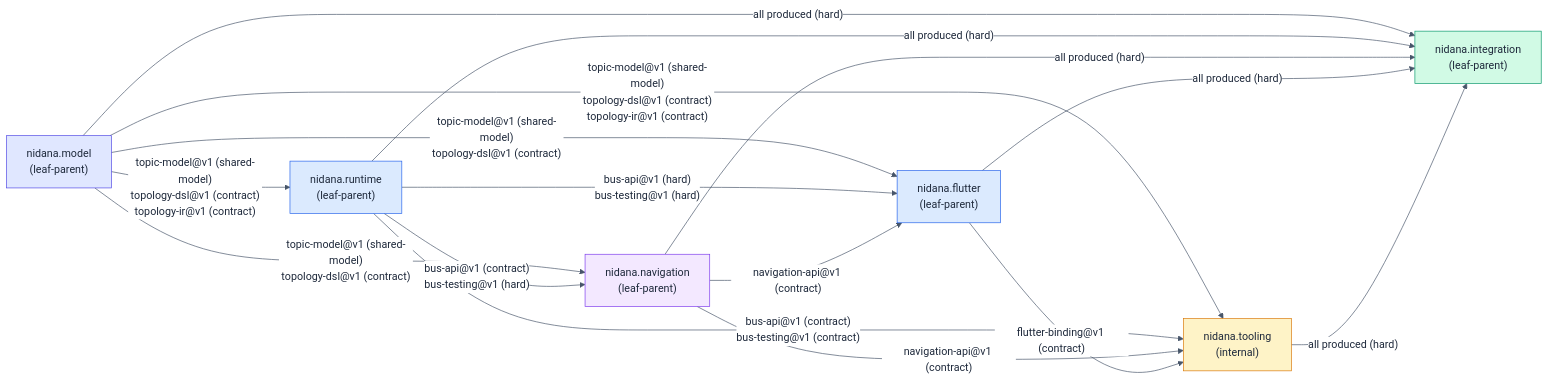
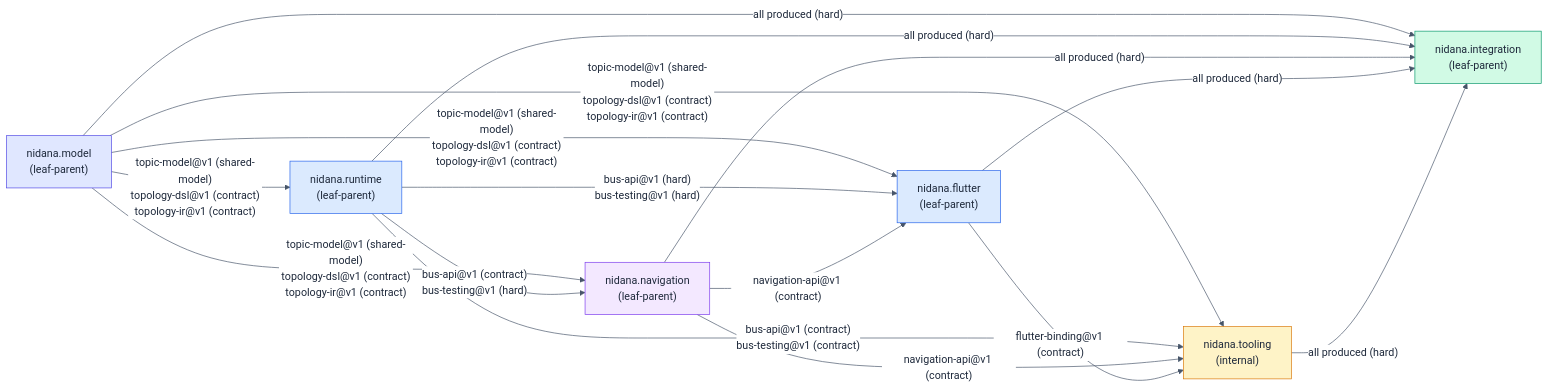
The diagram in hsdd/spec/nidana.md (Samsara-Stream/nidana-bus-dart), drawn with Mermaid before and after one commit. The commit also changed other lines of this file and 2 other files, not shown here.

Commit message:
hsdd: S27 hsdd-spec topology-ir@v1 edges into navigation and flutter

````diff
--- a/hsdd/spec/nidana.md
+++ b/hsdd/spec/nidana.md
@@ -142,33 +142,33 @@
 ```mermaid
 %%{init:{'theme':'base','themeVariables':{'primaryTextColor':'#1e293b','lineColor':'#475569','edgeLabelBackground':'#ffffff','tertiaryTextColor':'#1e293b'}}}%%
 flowchart LR
     model["nidana.model<br/>(leaf-parent)"]
     runtime["nidana.runtime<br/>(leaf-parent)"]
     navigation["nidana.navigation<br/>(leaf-parent)"]
     flutter["nidana.flutter<br/>(leaf-parent)"]
     tooling["nidana.tooling<br/>(internal)"]
     integration["nidana.integration<br/>(leaf-parent)"]
 
     model -- "topic-model@v1 (shared-model)<br/>topology-dsl@v1 (contract)<br/>topology-ir@v1 (contract)" --> runtime
-    model -- "topic-model@v1 (shared-model)<br/>topology-dsl@v1 (contract)" --> navigation
-    model -- "topic-model@v1 (shared-model)<br/>topology-dsl@v1 (contract)" --> flutter
+    model -- "topic-model@v1 (shared-model)<br/>topology-dsl@v1 (contract)<br/>topology-ir@v1 (contract)" --> navigation
+    model -- "topic-model@v1 (shared-model)<br/>topology-dsl@v1 (contract)<br/>topology-ir@v1 (contract)" --> flutter
     model -- "topic-model@v1 (shared-model)<br/>topology-dsl@v1 (contract)<br/>topology-ir@v1 (contract)" --> tooling
     runtime -- "bus-api@v1 (contract)<br/>bus-testing@v1 (hard)" --> navigation
     runtime -- "bus-api@v1 (hard)<br/>bus-testing@v1 (hard)" --> flutter
     runtime -- "bus-api@v1 (contract)<br/>bus-testing@v1 (contract)" --> tooling
     navigation -- "navigation-api@v1 (contract)" --> flutter
     navigation -- "navigation-api@v1 (contract)" --> tooling
     flutter -- "flutter-binding@v1 (contract)" --> tooling
     model -- "all produced (hard)" --> integration
     runtime -- "all produced (hard)" --> integration
     navigation -- "all produced (hard)" --> integration
     flutter -- "all produced (hard)" --> integration
     tooling -- "all produced (hard)" --> integration
 
     style model fill:#e0e7ff,stroke:#4f46e5,color:#1e293b
     style runtime fill:#dbeafe,stroke:#2563eb,color:#1e293b
     style navigation fill:#f3e8ff,stroke:#7c3aed,color:#1e293b
     style flutter fill:#dbeafe,stroke:#2563eb,color:#1e293b
     style tooling fill:#fef3c7,stroke:#d97706,color:#1e293b
     style integration fill:#d1fae5,stroke:#059669,color:#1e293b
 ```
````
